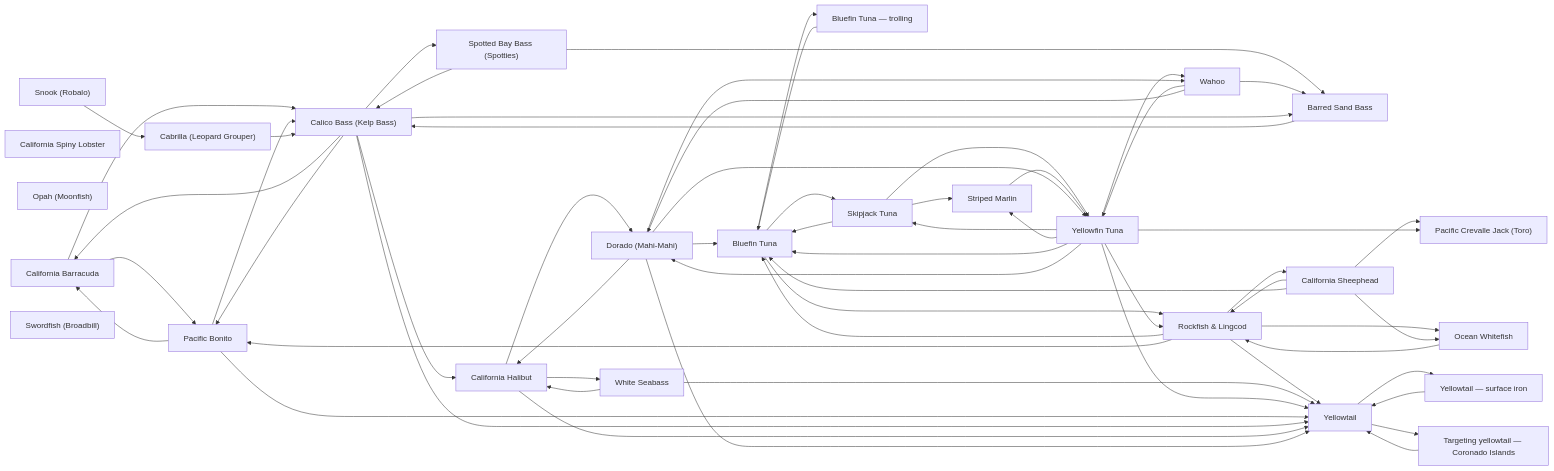
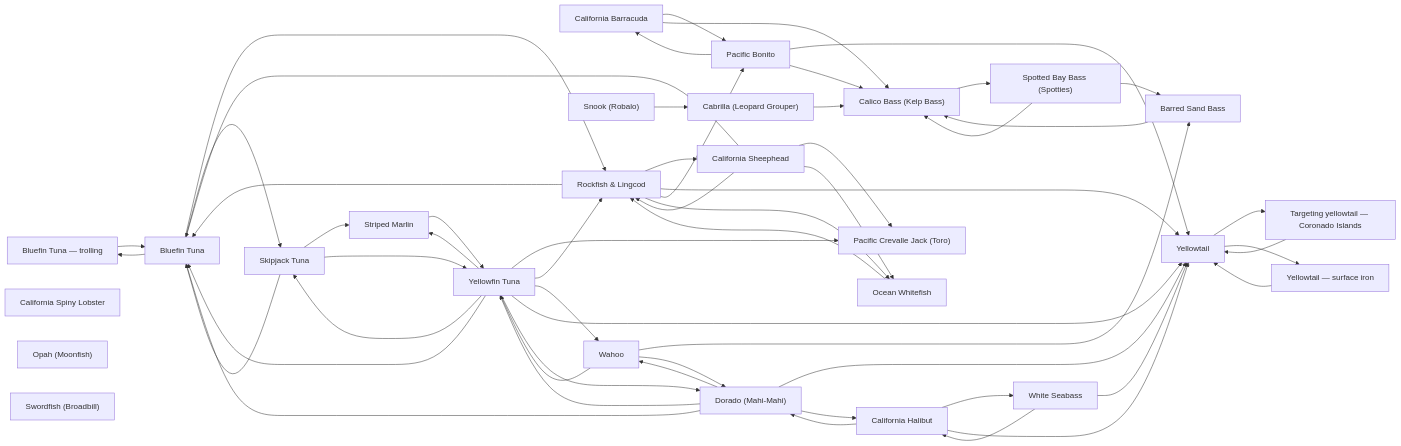
Before and after one commit to camchuckpete-max/Socal-Fishing-Knowledge: the diagram in species/README.md, drawn with Mermaid. The commit also changed other lines of this file and 21 other files, not shown here.

```diff
--- a/species/README.md
+++ b/species/README.md
@@ -111,12 +111,7 @@
   n3 --> n25
   n3 --> n5
   n4 --> n5
-  n5 --> n0
-  n5 --> n13
   n5 --> n17
-  n5 --> n25
-  n5 --> n3
-  n5 --> n6
   n6 --> n21
   n6 --> n25
   n6 --> n8
```
